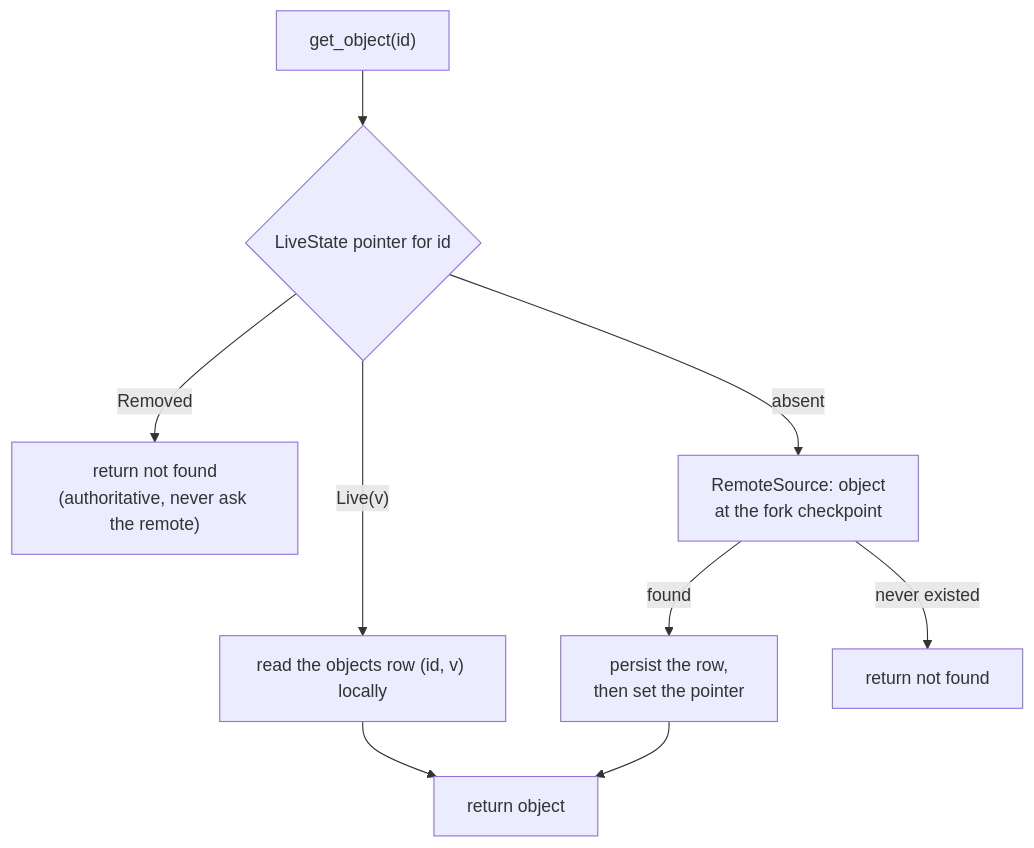
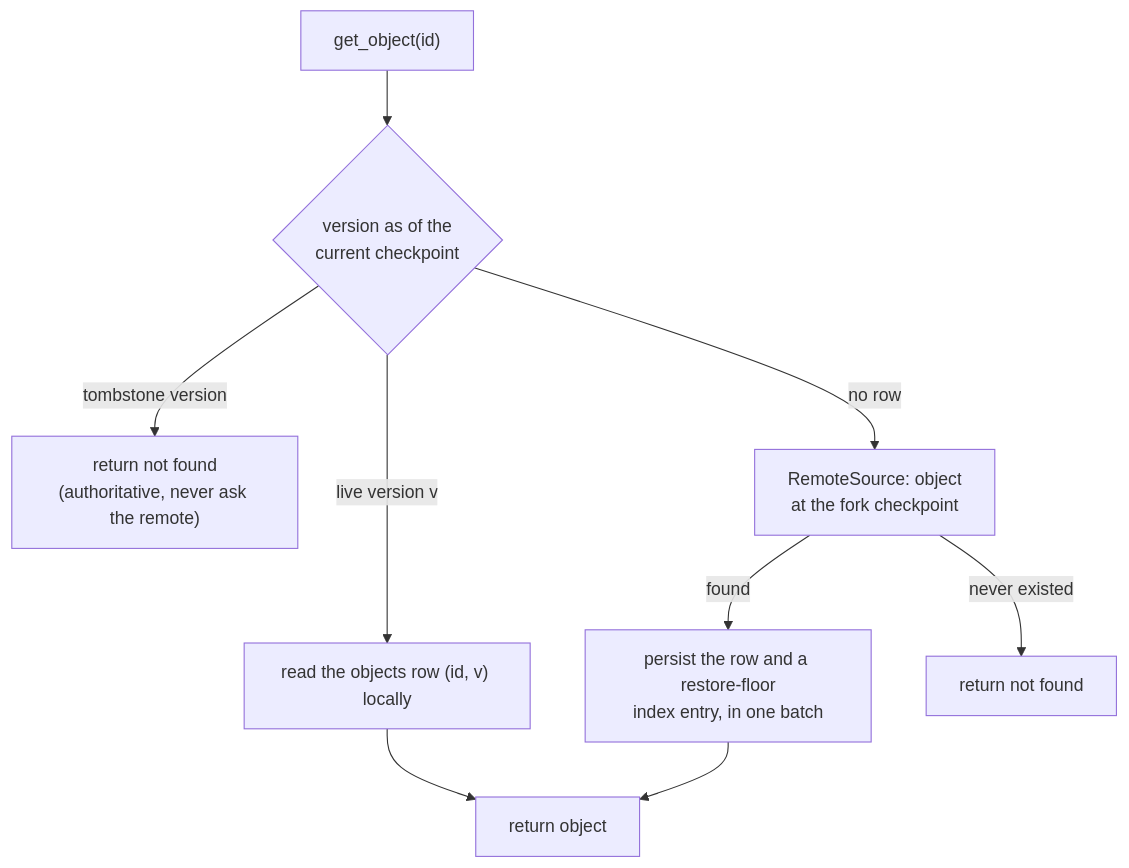
The third of 6 diagrams in crates/sui-fork/design/storage_diagrams.md (MystenLabs/sui), drawn with Mermaid before and after one commit. The commit also changed other lines of this file and 9 other files, not shown here.

First line of the commit message:
[sui-fork] Document the checkpoint-pinned current-version authority

````diff
--- a/crates/sui-fork/design/storage_diagrams.md
+++ b/crates/sui-fork/design/storage_diagrams.md
@@ -76,9 +75,9 @@
 ```mermaid
 flowchart TD
-    go["get_object(id)"] --> ptr{"LiveState pointer for id"}
-    ptr -->|"Live(v)"| row["read the objects row (id, v) locally"] --> ret[return object]
-    ptr -->|Removed| gone["return not found<br/>(authoritative, never ask the remote)"]
-    ptr -->|absent| remote["RemoteSource: object<br/>at the fork checkpoint"]
-    remote -->|found| persist["persist the row,<br/>then set the pointer"] --> ret
+    go["get_object(id)"] --> ptr{"version as of the<br/>current checkpoint"}
+    ptr -->|"live version v"| row["read the objects row (id, v) locally"] --> ret[return object]
+    ptr -->|tombstone version| gone["return not found<br/>(authoritative, never ask the remote)"]
+    ptr -->|no row| remote["RemoteSource: object<br/>at the fork checkpoint"]
+    remote -->|found| persist["persist the row and a restore-floor<br/>index entry, in one batch"] --> ret
     remote -->|never existed| miss[return not found]
 ```
````
